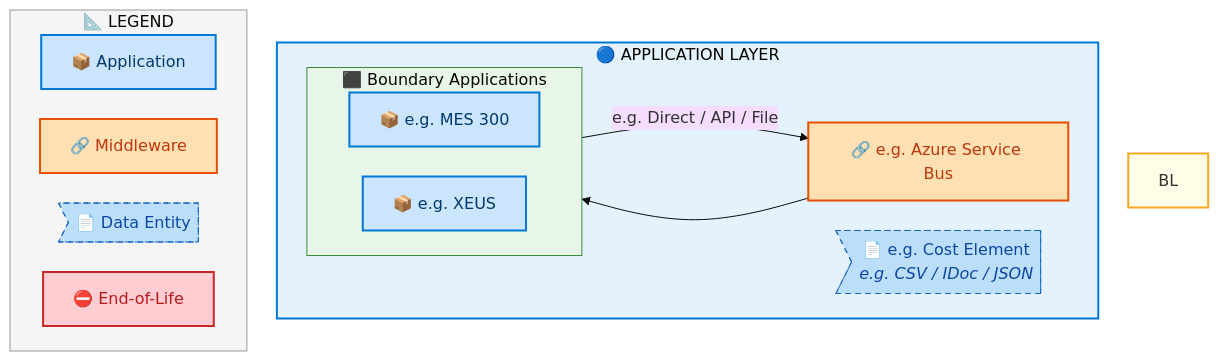
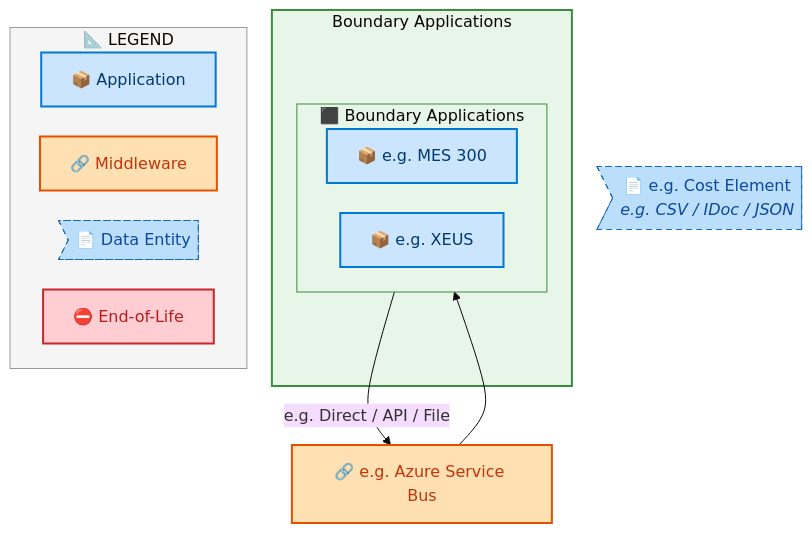
One commit to sajivfrancis777/IAO-Architecture changed the seventh of 10 diagrams in towers/E2E/Forecast to Stock/E2E-72/output/docs/systems-architecture/E2E-72-Architecture.md. Above: the diagram before and after it, drawn with Mermaid. The commit also changed other lines of this file and 106 other files, not shown here.

First line of the commit message:
feat: tier-grouped swim lane layout for architecture diagrams

````diff
--- a/towers/E2E/Forecast to Stock/E2E-72/output/docs/systems-architecture/E2E-72-Architecture.md
+++ b/towers/E2E/Forecast to Stock/E2E-72/output/docs/systems-architecture/E2E-72-Architecture.md
@@ -879,41 +879,40 @@
 ```mermaid
 %%{init: {"theme": "base", "securityLevel": "loose", "themeVariables": {"fontSize": "16px", "fontFamily": "Segoe UI, Arial, sans-serif"}, "flowchart": {"useMaxWidth": false, "htmlLabels": true, "nodeSpacing": 30, "rankSpacing": 35}} }%%
 flowchart TB
     %% -- ArchiMate 3.2 + Azure style classes --
     classDef business      fill:#FFFFB3,stroke:#F9A825,stroke-width:2px,color:#000
     classDef app           fill:#CCE5FF,stroke:#0078D4,stroke-width:2px,color:#003A6C
     classDef data          fill:#BBDEFB,stroke:#1565C0,stroke-width:1px,color:#0D47A1,stroke-dasharray: 5 5
     classDef middleware    fill:#FFE0B2,stroke:#E65100,stroke-width:2px,color:#BF360C
     classDef eol           fill:#FFCDD2,stroke:#C62828,stroke-width:2px,color:#B71C1C
     classDef saas          fill:#E1BEE7,stroke:#7B1FA2,stroke-width:2px,color:#4A148C
     classDef cloud         fill:#BBDEFB,stroke:#1565C0,stroke-width:2px,color:#0D47A1
     classDef onprem        fill:#C8E6C9,stroke:#2E7D32,stroke-width:2px,color:#1B5E20
 
-    subgraph AL["🔵 APPLICATION LAYER"]
+    subgraph E2E72CT_Boundary_Applications["Boundary Applications"]
         subgraph E2E72CLN_Boundary_Applications[" ⬛ Boundary Applications"]
             direction LR
             E2E72C_e_g_MES_300["📦 e.g. MES 300"]:::app
             E2E72C_e_g_XEUS["📦 e.g. XEUS"]:::app
         end
-        E2E72CMW_e_g_Azure_Service_Bus["🔗 e.g. Azure Service Bus"]:::middleware
-        E2E72CDE_e_g_Cost_Element>"📄 e.g. Cost Element<br/><i>e.g. CSV / IDoc / JSON</i>"]:::data
     end
+
+    E2E72CMW_e_g_Azure_Service_Bus["🔗 e.g. Azure Service Bus"]:::middleware
+    E2E72CDE_e_g_Cost_Element>"📄 e.g. Cost Element<br/><i>e.g. CSV / IDoc / JSON</i>"]:::data
 
     E2E72C_e_g_MES_300 -->|"e.g. Direct / API / File"| E2E72CMW_e_g_Azure_Service_Bus
     E2E72CMW_e_g_Azure_Service_Bus --> E2E72C_e_g_XEUS
 
 
-    style BL fill:#FFFDE7,stroke:#F9A825,stroke-width:2px
-    style AL fill:#E3F2FD,stroke:#0078D4,stroke-width:2px
-
+    style E2E72CT_Boundary_Applications fill:#E8F5E9,stroke:#388E3C,stroke-width:2px
     style E2E72CLN_Boundary_Applications fill:#E8F5E9,stroke:#388E3C,stroke-width:1px
 
     subgraph Legend["📐 LEGEND"]
         direction LR
         L_APP["📦 Application"]:::app
         L_MW["🔗 Middleware"]:::middleware
         L_DE>"📄 Data Entity"]:::data
         L_EOL["⛔ End-of-Life"]:::eol
     end
     style Legend fill:#F5F5F5,stroke:#999,stroke-width:1px
 ```
````
